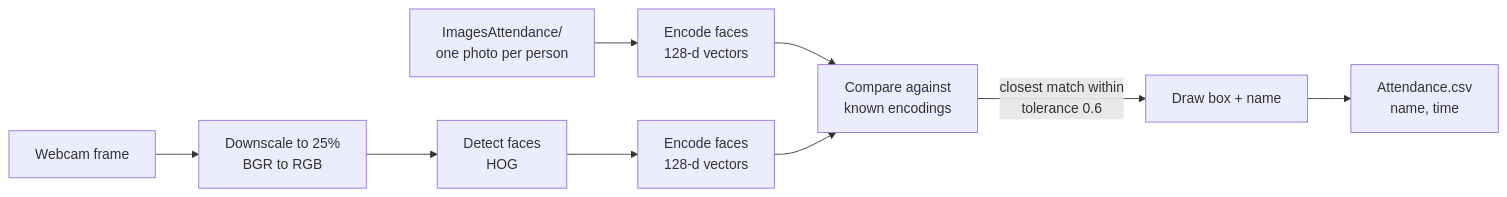
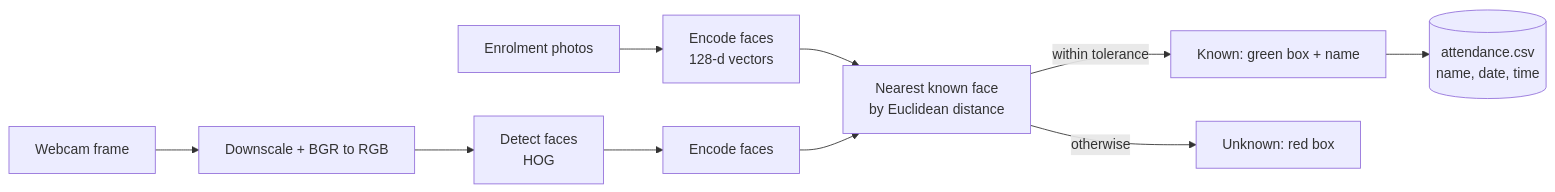
The diagram in README.md (ANJULS09/Facial-Recognition-Attendance-System), drawn with Mermaid before and after one commit. The commit also changed other lines of this file and 26 other files, not shown here.

````diff
--- a/README.md
+++ b/README.md
@@ -17,11 +18,12 @@
 ```mermaid
 flowchart LR
-    A[ImagesAttendance/<br/>one photo per person] --> B[Encode faces<br/>128-d vectors]
-    C[Webcam frame] --> D[Downscale to 25%<br/>BGR to RGB]
+    A[Enrolment photos] --> B[Encode faces<br/>128-d vectors]
+    C[Webcam frame] --> D[Downscale + BGR to RGB]
     D --> E[Detect faces<br/>HOG]
-    E --> F[Encode faces<br/>128-d vectors]
-    B --> G[Compare against<br/>known encodings]
+    E --> F[Encode faces]
+    B --> G[Nearest known face<br/>by Euclidean distance]
     F --> G
-    G -->|closest match within<br/>tolerance 0.6| H[Draw box + name]
-    H --> I[Attendance.csv<br/>name, time]
+    G -->|within tolerance| H[Known: green box + name]
+    G -->|otherwise| I[Unknown: red box]
+    H --> J[(attendance.csv<br/>name, date, time)]
 ```
````
